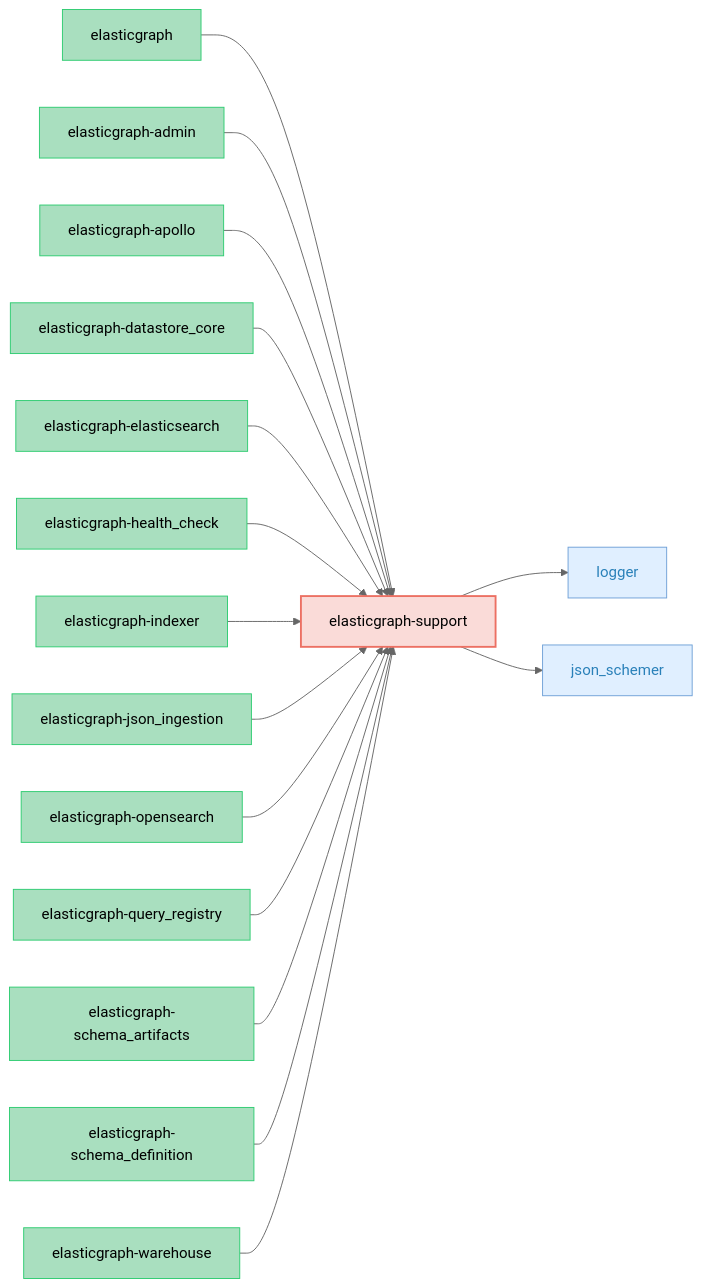
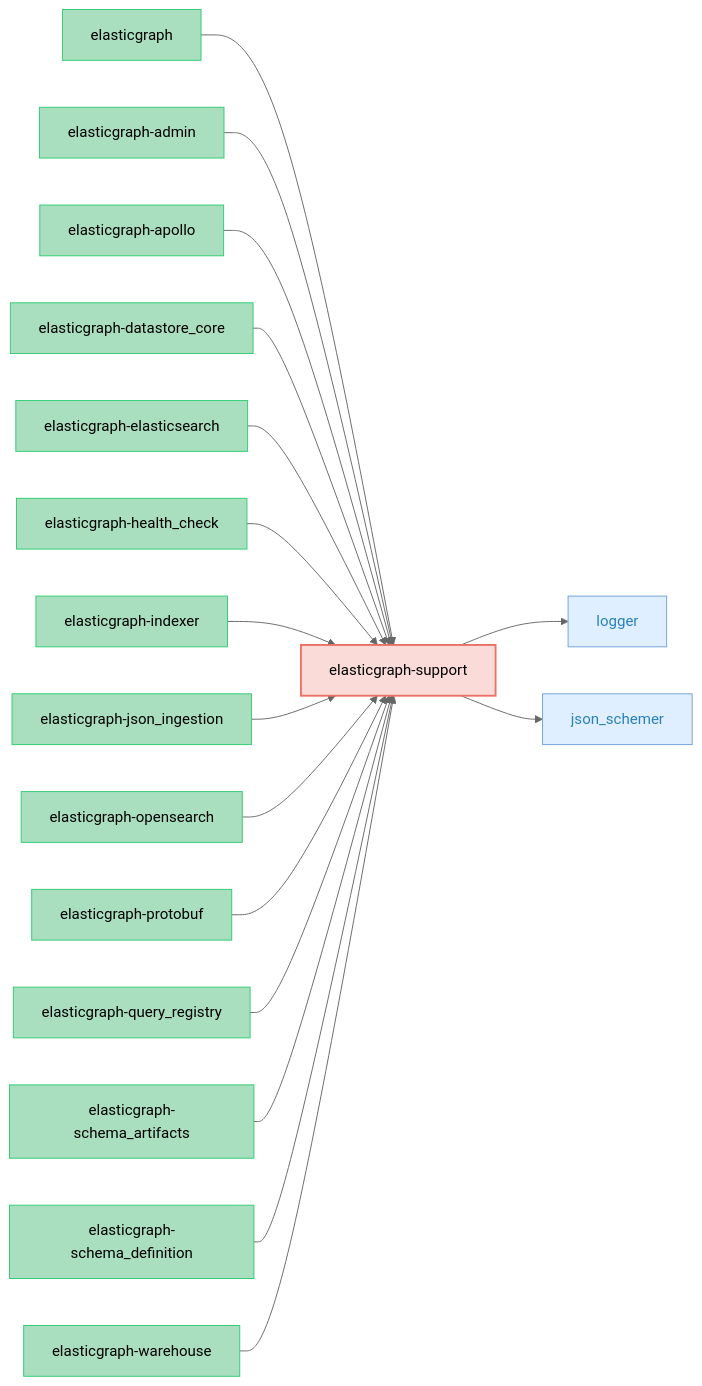
The diagram in elasticgraph-support/README.md (block/elasticgraph), drawn with Mermaid (neutral theme) before and after one commit. The commit also changed 47 other files, not shown here.

Commit message:
Add elasticgraph-protobuf schema artifacts

````diff
--- a/elasticgraph-support/README.md
+++ b/elasticgraph-support/README.md
@@ -14,55 +14,58 @@
 ```mermaid
 graph LR;
     classDef targetGemStyle fill:#FADBD8,stroke:#EC7063,color:#000,stroke-width:2px;
     classDef otherEgGemStyle fill:#A9DFBF,stroke:#2ECC71,color:#000;
     classDef externalGemStyle fill:#E0EFFF,stroke:#70A1D7,color:#2980B9;
     elasticgraph-support["elasticgraph-support"];
     class elasticgraph-support targetGemStyle;
     logger["logger"];
     elasticgraph-support --> logger;
     class logger externalGemStyle;
     json_schemer["json_schemer"];
     elasticgraph-support --> json_schemer;
     class json_schemer externalGemStyle;
     elasticgraph["elasticgraph"];
     elasticgraph --> elasticgraph-support;
     class elasticgraph otherEgGemStyle;
     elasticgraph-admin["elasticgraph-admin"];
     elasticgraph-admin --> elasticgraph-support;
     class elasticgraph-admin otherEgGemStyle;
     elasticgraph-apollo["elasticgraph-apollo"];
     elasticgraph-apollo --> elasticgraph-support;
     class elasticgraph-apollo otherEgGemStyle;
     elasticgraph-datastore_core["elasticgraph-datastore_core"];
     elasticgraph-datastore_core --> elasticgraph-support;
     class elasticgraph-datastore_core otherEgGemStyle;
     elasticgraph-elasticsearch["elasticgraph-elasticsearch"];
     elasticgraph-elasticsearch --> elasticgraph-support;
     class elasticgraph-elasticsearch otherEgGemStyle;
     elasticgraph-health_check["elasticgraph-health_check"];
     elasticgraph-health_check --> elasticgraph-support;
     class elasticgraph-health_check otherEgGemStyle;
     elasticgraph-indexer["elasticgraph-indexer"];
     elasticgraph-indexer --> elasticgraph-support;
     class elasticgraph-indexer otherEgGemStyle;
     elasticgraph-json_ingestion["elasticgraph-json_ingestion"];
     elasticgraph-json_ingestion --> elasticgraph-support;
     class elasticgraph-json_ingestion otherEgGemStyle;
     elasticgraph-opensearch["elasticgraph-opensearch"];
     elasticgraph-opensearch --> elasticgraph-support;
     class elasticgraph-opensearch otherEgGemStyle;
+    elasticgraph-protobuf["elasticgraph-protobuf"];
+    elasticgraph-protobuf --> elasticgraph-support;
+    class elasticgraph-protobuf otherEgGemStyle;
     elasticgraph-query_registry["elasticgraph-query_registry"];
     elasticgraph-query_registry --> elasticgraph-support;
     class elasticgraph-query_registry otherEgGemStyle;
     elasticgraph-schema_artifacts["elasticgraph-schema_artifacts"];
     elasticgraph-schema_artifacts --> elasticgraph-support;
     class elasticgraph-schema_artifacts otherEgGemStyle;
     elasticgraph-schema_definition["elasticgraph-schema_definition"];
     elasticgraph-schema_definition --> elasticgraph-support;
     class elasticgraph-schema_definition otherEgGemStyle;
     elasticgraph-warehouse["elasticgraph-warehouse"];
     elasticgraph-warehouse --> elasticgraph-support;
     class elasticgraph-warehouse otherEgGemStyle;
     click logger href "https://rubygems.org/gems/logger" "Open on RubyGems.org" _blank;
     click json_schemer href "https://rubygems.org/gems/json_schemer" "Open on RubyGems.org" _blank;
 ```
````
